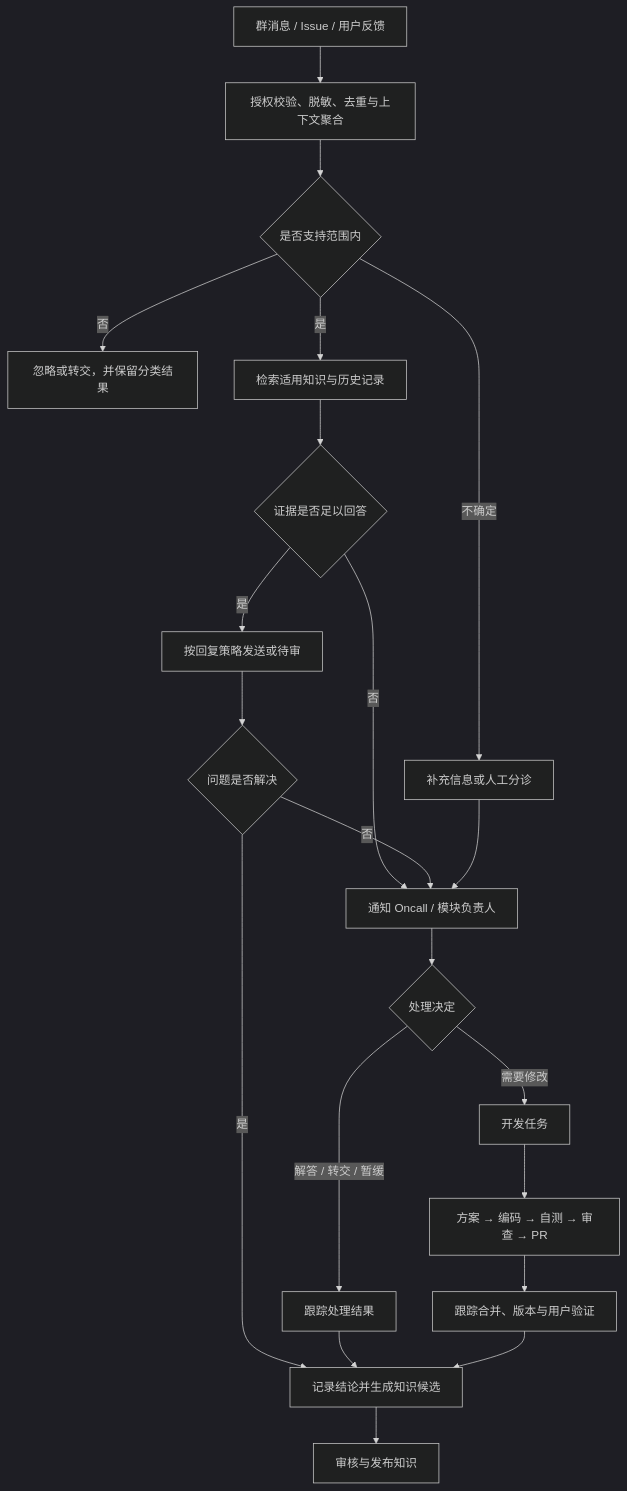
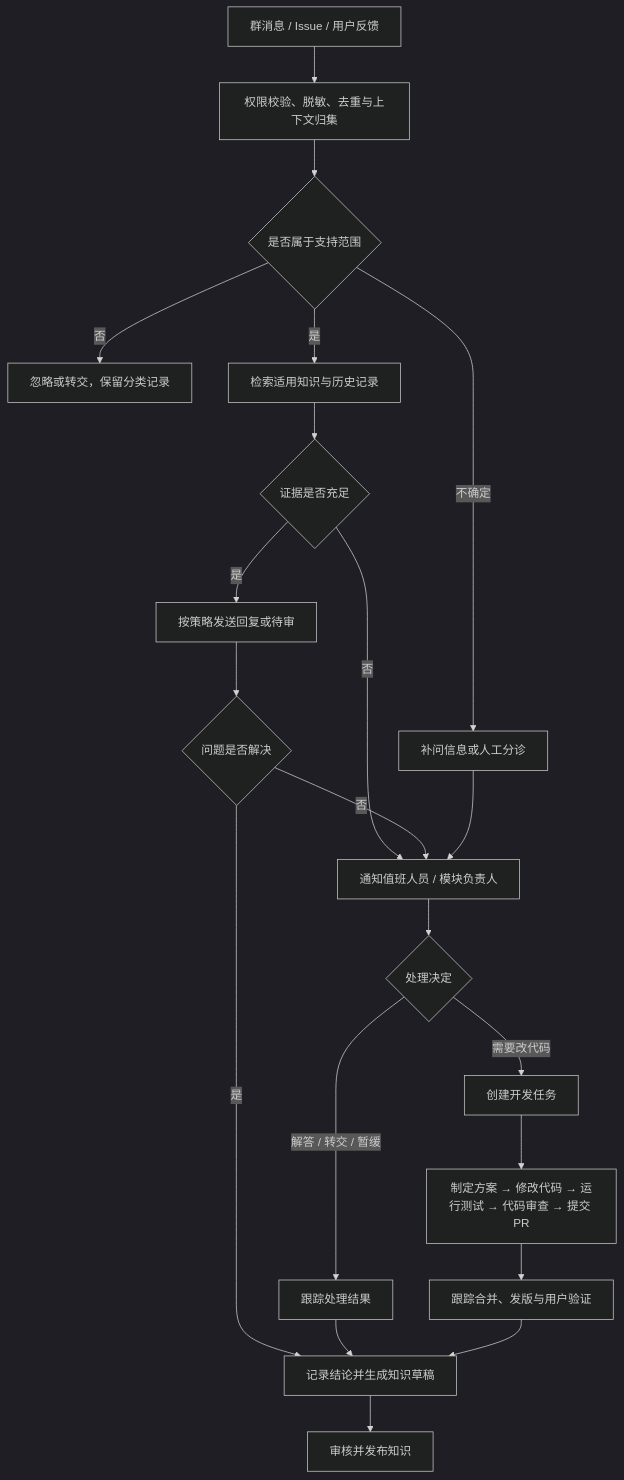
Before and after one commit to kiraYuukiAsuna/AgentOwl: the diagram in docs/requirements.md, drawn with Mermaid (dark theme). The commit also changed other lines of this file and 34 other files, not shown here.

````diff
--- a/docs/requirements.md
+++ b/docs/requirements.md
@@ -72,23 +72,23 @@
 ```mermaid
 flowchart TD
-    A[群消息 / Issue / 用户反馈] --> B[授权校验、脱敏、去重与上下文聚合]
-    B --> C{是否支持范围内}
-    C -->|否| D[忽略或转交，并保留分类结果]
-    C -->|不确定| E[补充信息或人工分诊]
+    A[群消息 / Issue / 用户反馈] --> B[权限校验、脱敏、去重与上下文归集]
+    B --> C{是否属于支持范围}
+    C -->|否| D[忽略或转交，保留分类记录]
+    C -->|不确定| E[补问信息或人工分诊]
     C -->|是| F[检索适用知识与历史记录]
-    F --> G{证据是否足以回答}
-    G -->|是| H[按回复策略发送或待审]
-    G -->|否| I[通知 Oncall / 模块负责人]
+    F --> G{证据是否充足}
+    G -->|是| H[按策略发送回复或待审]
+    G -->|否| I[通知值班人员 / 模块负责人]
     H --> J{问题是否解决}
     J -->|否| I
-    J -->|是| K[记录结论并生成知识候选]
+    J -->|是| K[记录结论并生成知识草稿]
     E --> I
     I --> L{处理决定}
     L -->|解答 / 转交 / 暂缓| M[跟踪处理结果]
-    L -->|需要修改| N[开发任务]
-    N --> O[方案 → 编码 → 自测 → 审查 → PR]
-    O --> P[跟踪合并、版本与用户验证]
+    L -->|需要改代码| N[创建开发任务]
+    N --> O[制定方案 → 修改代码 → 运行测试 → 代码审查 → 提交 PR]
+    O --> P[跟踪合并、发版与用户验证]
     M --> K
     P --> K
-    K --> Q[审核与发布知识]
+    K --> Q[审核并发布知识]
 ```
````
